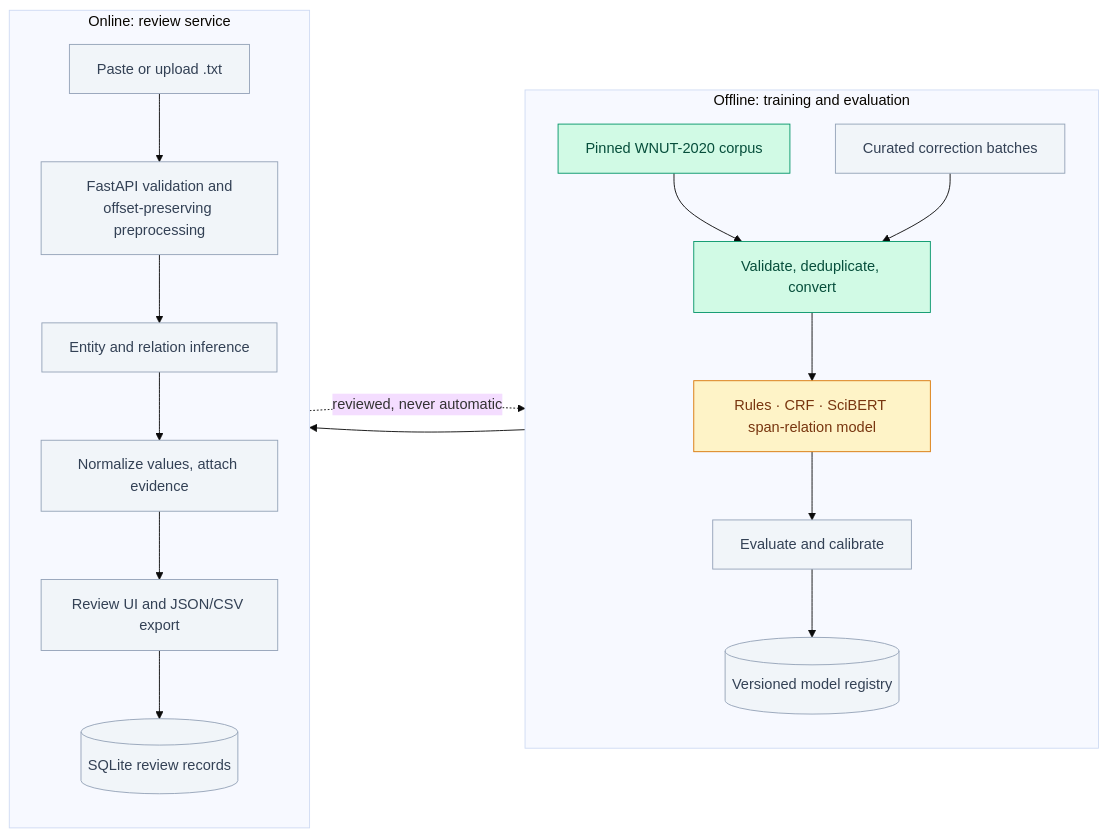
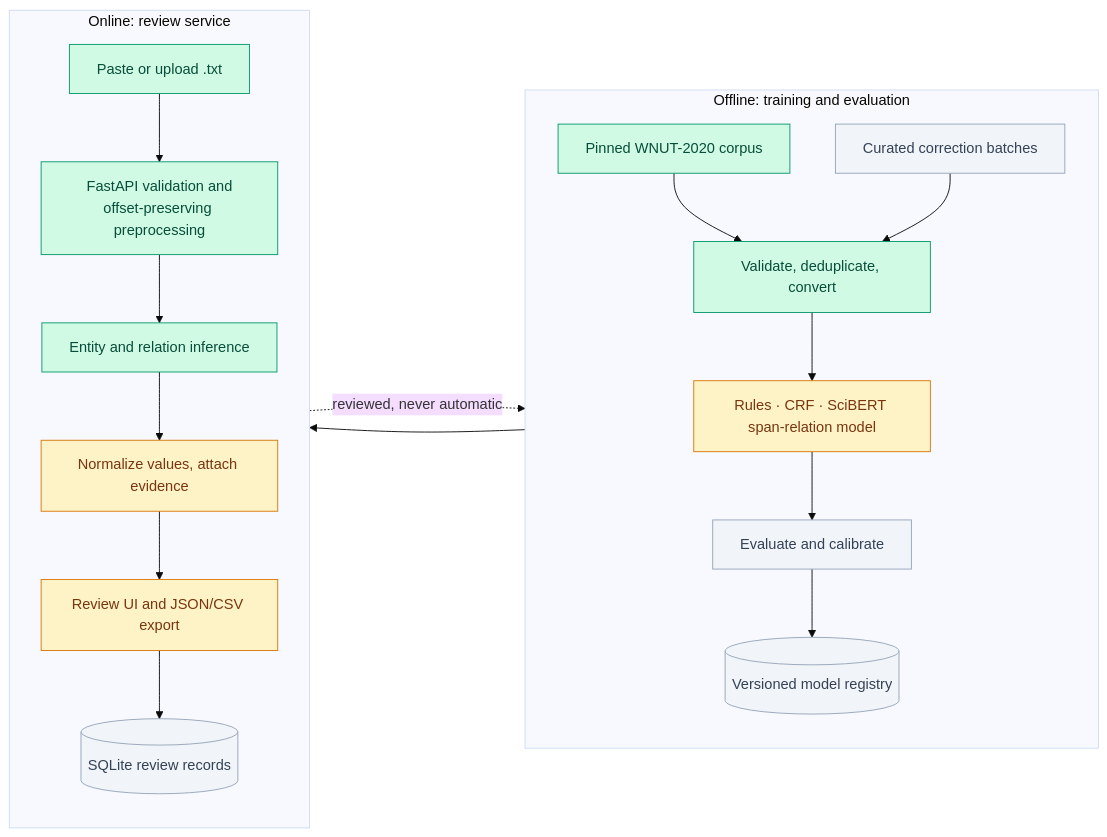
Before and after one commit to professor3333/ProtocolLedger: the diagram in README.md, drawn with Mermaid (base theme). The commit also changed other lines of this file and 15 other files, not shown here.

````diff
--- a/README.md
+++ b/README.md
@@ -50,28 +51,28 @@
 ```mermaid
 flowchart LR
   subgraph OFF["Offline: training and evaluation"]
     direction TB
     A["Pinned WNUT-2020 corpus"] --> B["Validate, deduplicate, convert"]
     R["Curated correction batches"] --> B
     B --> C["Rules · CRF · SciBERT span-relation model"]
     C --> D["Evaluate and calibrate"]
     D --> E[("Versioned model registry")]
   end
   subgraph ON["Online: review service"]
     direction TB
     F["Paste or upload .txt"] --> G["FastAPI validation and<br/>offset-preserving preprocessing"]
     G --> H["Entity and relation inference"]
     H --> I["Normalize values, attach evidence"]
     I --> J["Review UI and JSON/CSV export"]
     J --> K[("SQLite review records")]
   end
   E --> H
   K -. "reviewed, never automatic" .-> R
 
   classDef done fill:#d1fae5,stroke:#059669,color:#064e3b
   classDef wip fill:#fef3c7,stroke:#d97706,color:#78350f
   classDef planned fill:#f1f5f9,stroke:#94a3b8,color:#334155
-  class A,B done
-  class C wip
-  class R,D,E,F,G,H,I,J,K planned
+  class A,B,F,G,H done
+  class C,I,J wip
+  class R,D,E,K planned
 ```
````
